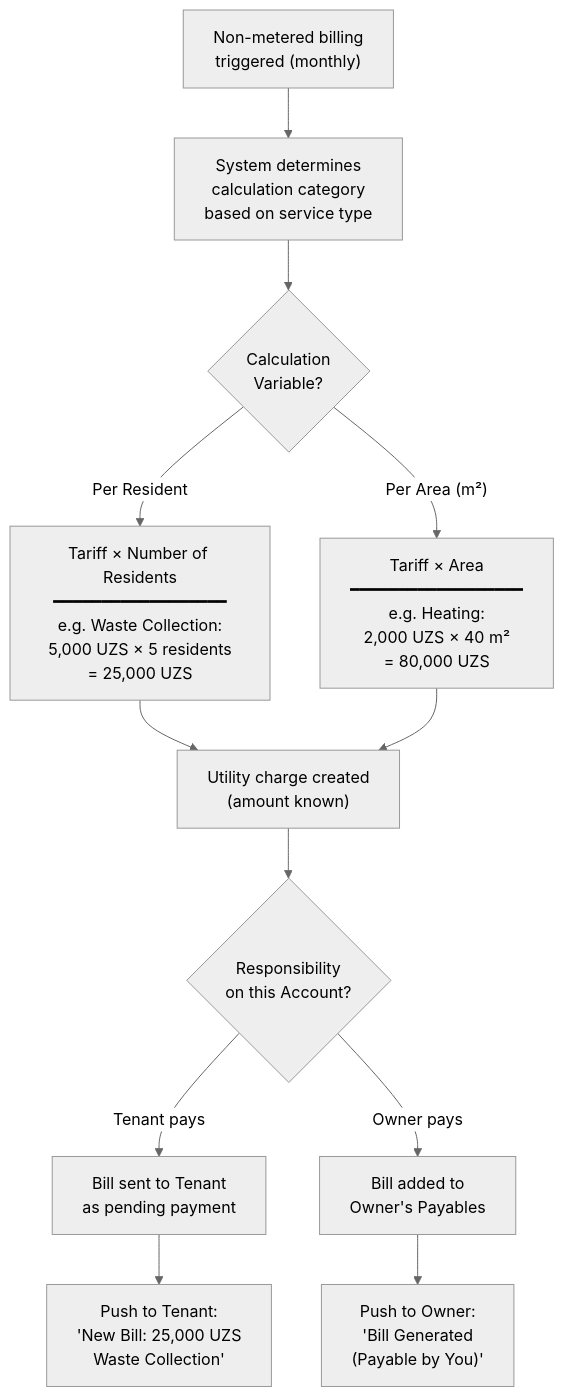
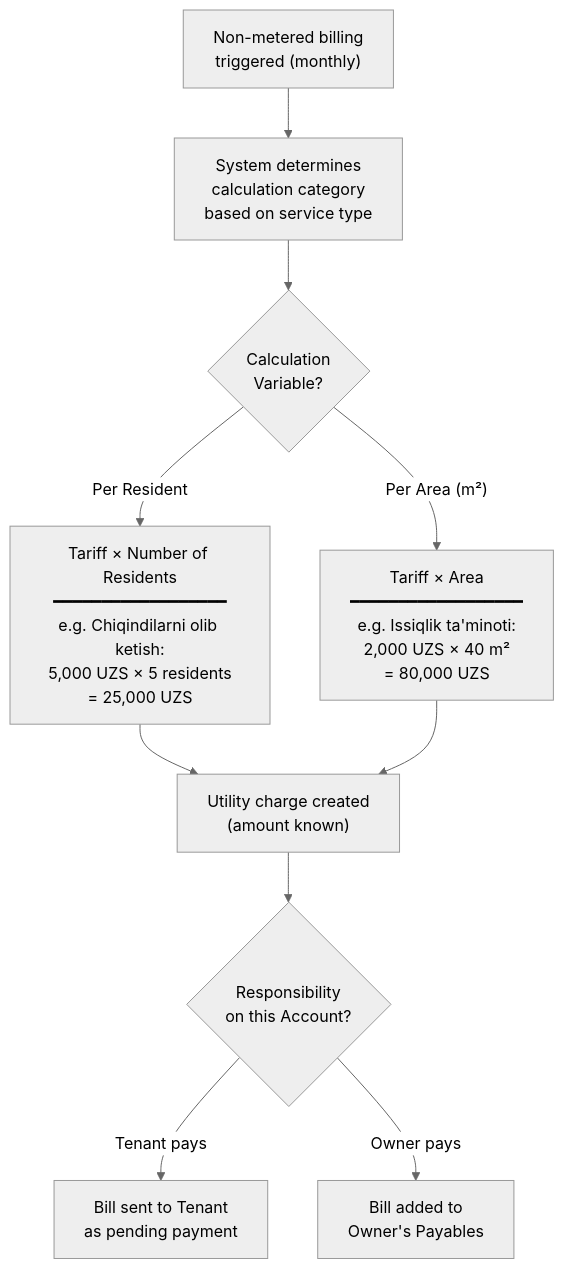
One commit to saodatm-dev/Utilities---Informational-Architecture changed the eighth of 11 diagrams in Utilities - Business Owner.md. Above: the diagram before and after it, drawn with Mermaid (neutral theme). The commit also changed other lines of this file and 1 other file, not shown here.

Commit message:
refactor: Localize utility names to Uzbek, consolidate feature tiers, remove payment service integration, and refine payment flow details.

````diff
--- a/Utilities - Business Owner.md
+++ b/Utilities - Business Owner.md
@@ -254,20 +253,17 @@
 ```mermaid
 flowchart TD
     START["Non-metered billing<br/>triggered (monthly)"] --> DETERMINE["System determines<br/>calculation category<br/>based on service type"]
 
     DETERMINE --> CALC_TYPE{"Calculation<br/>Variable?"}
 
-    CALC_TYPE -->|"Per Resident"| PER_RES["Tariff × Number of Residents<br/>━━━━━━━━━━━━━━━━━━<br/>e.g. Waste Collection:<br/>5,000 UZS × 5 residents<br/>= 25,000 UZS"]
-    CALC_TYPE -->|"Per Area (m²)"| PER_AREA["Tariff × Area<br/>━━━━━━━━━━━━━━━━━━<br/>e.g. Heating:<br/>2,000 UZS × 40 m²<br/>= 80,000 UZS"]
+    CALC_TYPE -->|"Per Resident"| PER_RES["Tariff × Number of Residents<br/>━━━━━━━━━━━━━━━━━━<br/>e.g. Chiqindilarni olib ketish:<br/>5,000 UZS × 5 residents<br/>= 25,000 UZS"]
+    CALC_TYPE -->|"Per Area (m²)"| PER_AREA["Tariff × Area<br/>━━━━━━━━━━━━━━━━━━<br/>e.g. Issiqlik ta'minoti:<br/>2,000 UZS × 40 m²<br/>= 80,000 UZS"]
 
     PER_RES --> CHARGE["Utility charge created<br/>(amount known)"]
     PER_AREA --> CHARGE
 
     CHARGE --> RESP_CHECK{"Responsibility<br/>on this Account?"}
 
     RESP_CHECK -->|"Tenant pays"| BILL_TENANT["Bill sent to Tenant<br/>as pending payment"]
     RESP_CHECK -->|"Owner pays"| BILL_OWNER["Bill added to<br/>Owner's Payables"]
-
-    BILL_TENANT --> NOTIFY_T["Push to Tenant:<br/>'New Bill: 25,000 UZS<br/>Waste Collection'"]
-    BILL_OWNER --> NOTIFY_O["Push to Owner:<br/>'Bill Generated<br/>(Payable by You)'"]
 ```
````
